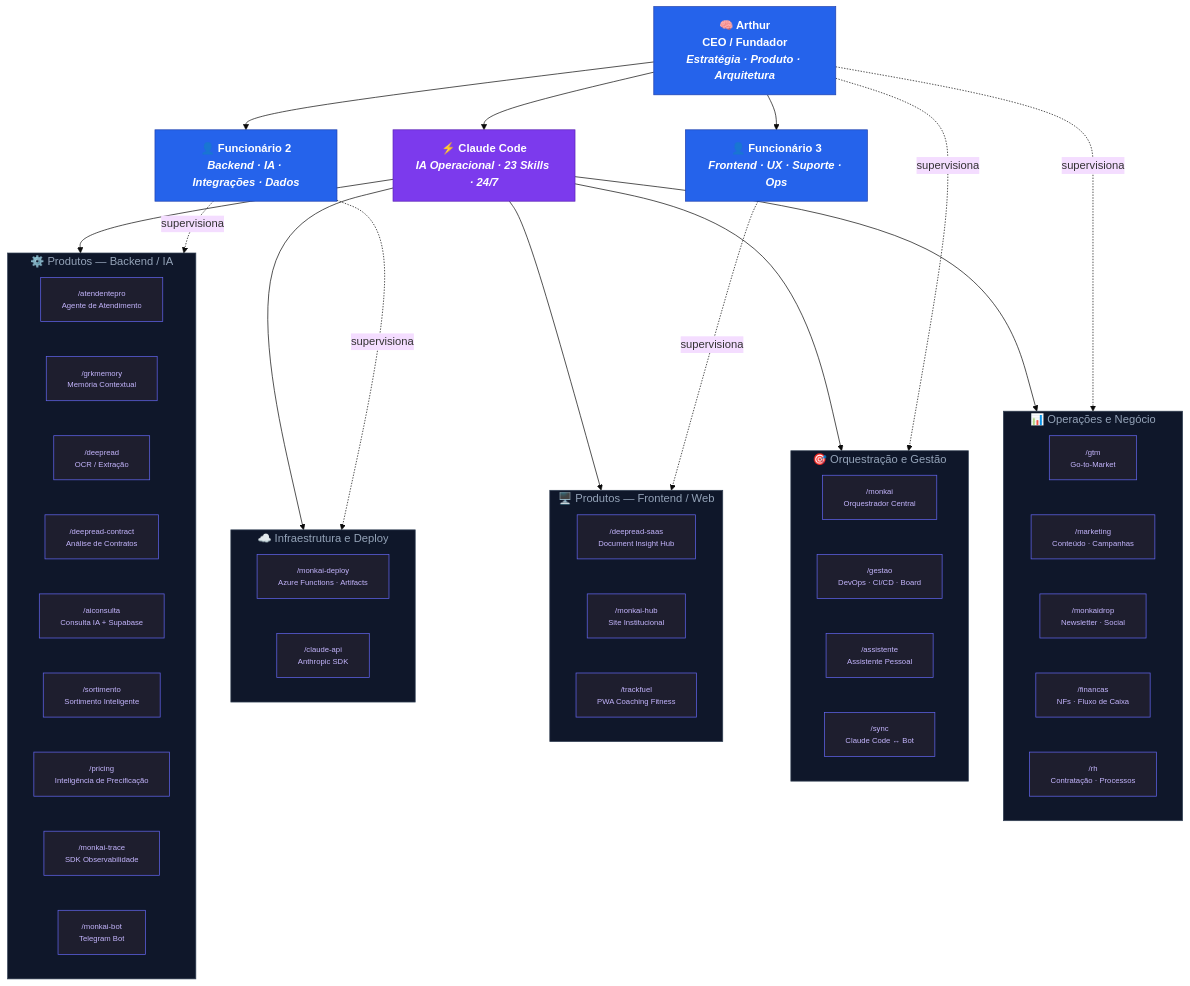
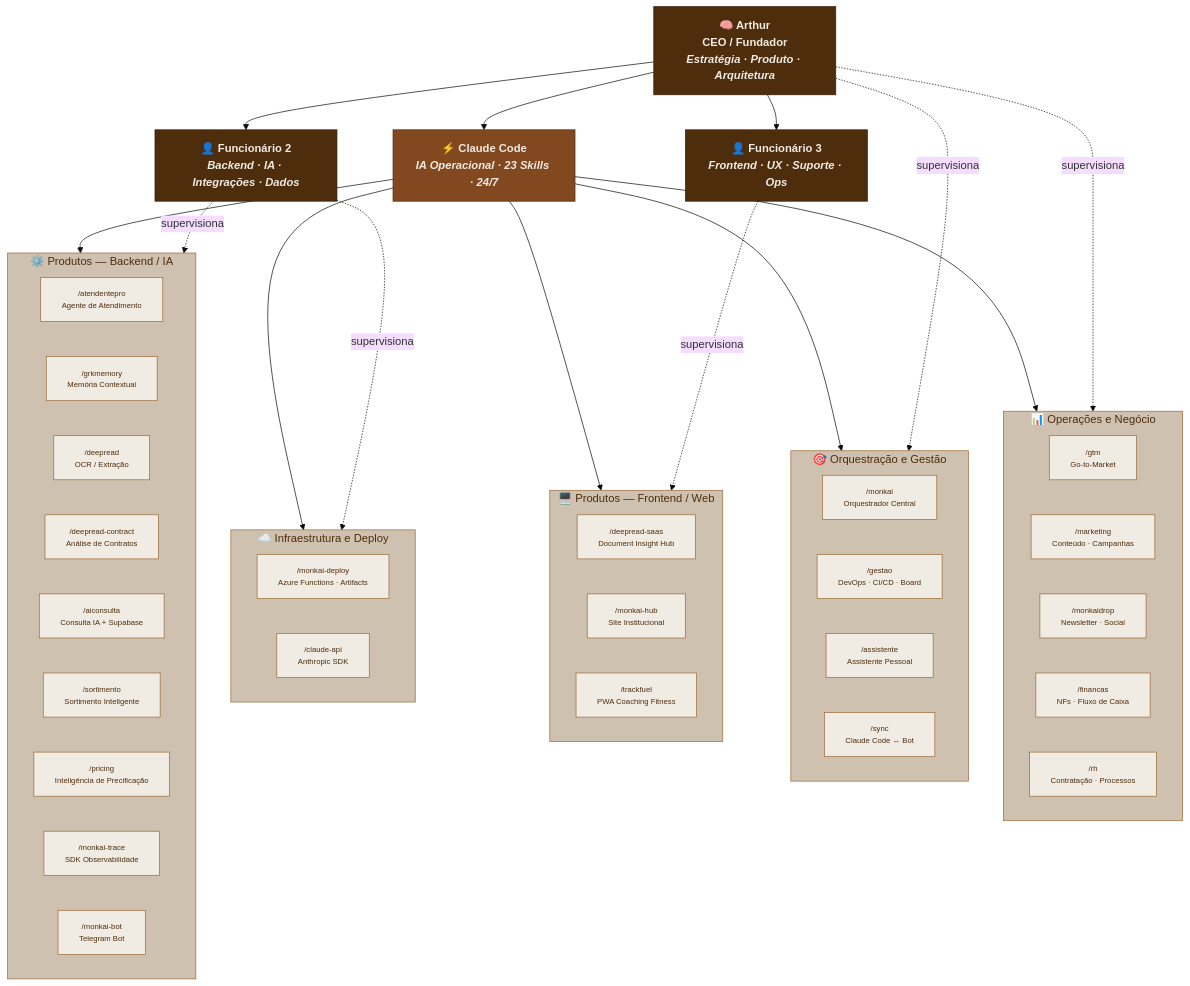
Before and after one commit to BeMonkAI/docs: the diagram in ORGANOGRAMA.md, drawn with Mermaid (base theme).

Commit message:
style: apply MonkAI brand palette to org chart
Replace generic blue/purple colors with official MonkAI palette:
brown (#4e2d0d), accent (#824920), gold (#9b6b3a), beige (#cfc1af),
cream (#f0ebe3).

````diff
--- a/ORGANOGRAMA.md
+++ b/ORGANOGRAMA.md
@@ -12,72 +12,72 @@
 ```mermaid
 graph TB
     CEO["🧠 Arthur<br/>CEO / Fundador<br/><i>Estratégia · Produto · Arquitetura</i>"]
 
     F2["👤 Funcionário 2<br/><i>Backend · IA · Integrações · Dados</i>"]
     F3["👤 Funcionário 3<br/><i>Frontend · UX · Suporte · Ops</i>"]
     CC["⚡ Claude Code<br/><i>IA Operacional · 23 Skills · 24/7</i>"]
 
     CEO --> F2
     CEO --> F3
     CEO --> CC
 
     subgraph ORCH["🎯 Orquestração e Gestão"]
         monkai["/monkai<br/>Orquestrador Central"]
         gestao["/gestao<br/>DevOps · CI/CD · Board"]
         assistente["/assistente<br/>Assistente Pessoal"]
         sync["/sync<br/>Claude Code ↔ Bot"]
     end
 
     subgraph BACKEND["⚙️ Produtos — Backend / IA"]
         atendentepro["/atendentepro<br/>Agente de Atendimento"]
         grkmemory["/grkmemory<br/>Memória Contextual"]
         deepread["/deepread<br/>OCR / Extração"]
         deepread_contract["/deepread-contract<br/>Análise de Contratos"]
         aiconsulta["/aiconsulta<br/>Consulta IA + Supabase"]
         sortimento["/sortimento<br/>Sortimento Inteligente"]
         pricing["/pricing<br/>Inteligência de Precificação"]
         monkai_trace["/monkai-trace<br/>SDK Observabilidade"]
         monkai_bot["/monkai-bot<br/>Telegram Bot"]
     end
 
     subgraph FRONTEND["🖥️ Produtos — Frontend / Web"]
         deepread_saas["/deepread-saas<br/>Document Insight Hub"]
         monkai_hub["/monkai-hub<br/>Site Institucional"]
         trackfuel["/trackfuel<br/>PWA Coaching Fitness"]
     end
 
     subgraph OPS["📊 Operações e Negócio"]
         gtm["/gtm<br/>Go-to-Market"]
         marketing["/marketing<br/>Conteúdo · Campanhas"]
         monkaidrop["/monkaidrop<br/>Newsletter · Social"]
         financas["/financas<br/>NFs · Fluxo de Caixa"]
         rh["/rh<br/>Contratação · Processos"]
     end
 
     subgraph INFRA["☁️ Infraestrutura e Deploy"]
         monkai_deploy["/monkai-deploy<br/>Azure Functions · Artifacts"]
         claude_api["/claude-api<br/>Anthropic SDK"]
     end
 
     CC --> ORCH
     CC --> BACKEND
     CC --> FRONTEND
     CC --> OPS
     CC --> INFRA
 
     CEO -.->|"supervisiona"| ORCH
     CEO -.->|"supervisiona"| OPS
     F2 -.->|"supervisiona"| BACKEND
     F2 -.->|"supervisiona"| INFRA
     F3 -.->|"supervisiona"| FRONTEND
 
-    classDef human fill:#2563eb,stroke:#1e40af,color:#fff,font-weight:bold
-    classDef ai fill:#7c3aed,stroke:#5b21b6,color:#fff,font-weight:bold
-    classDef skill fill:#1e1e2e,stroke:#6366f1,color:#c4b5fd,font-size:11px
-    classDef area fill:#0f172a,stroke:#334155,color:#94a3b8
+    classDef human fill:#4e2d0d,stroke:#3a2009,color:#f0ebe3,font-weight:bold
+    classDef ai fill:#824920,stroke:#4e2d0d,color:#f0ebe3,font-weight:bold
+    classDef skill fill:#f0ebe3,stroke:#9b6b3a,color:#4e2d0d,font-size:11px
+    classDef area fill:#cfc1af,stroke:#9b6b3a,color:#4e2d0d
 
     class CEO,F2,F3 human
     class CC ai
     class monkai,gestao,assistente,sync,atendentepro,grkmemory,deepread,deepread_contract,aiconsulta,sortimento,pricing,monkai_trace,monkai_bot,deepread_saas,monkai_hub,trackfuel,gtm,marketing,monkaidrop,financas,rh,monkai_deploy,claude_api skill
     class ORCH,BACKEND,FRONTEND,OPS,INFRA area
 ```
````
